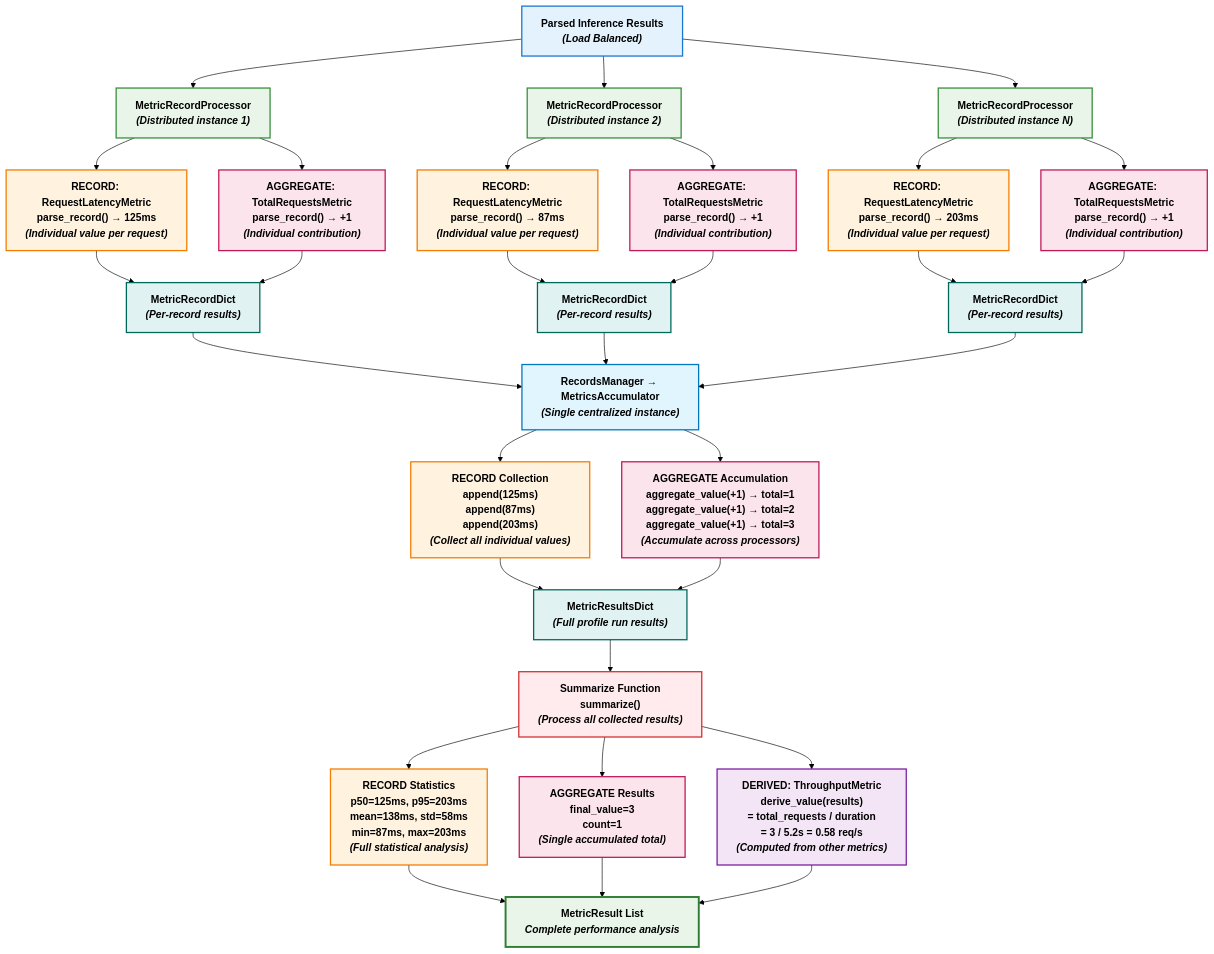
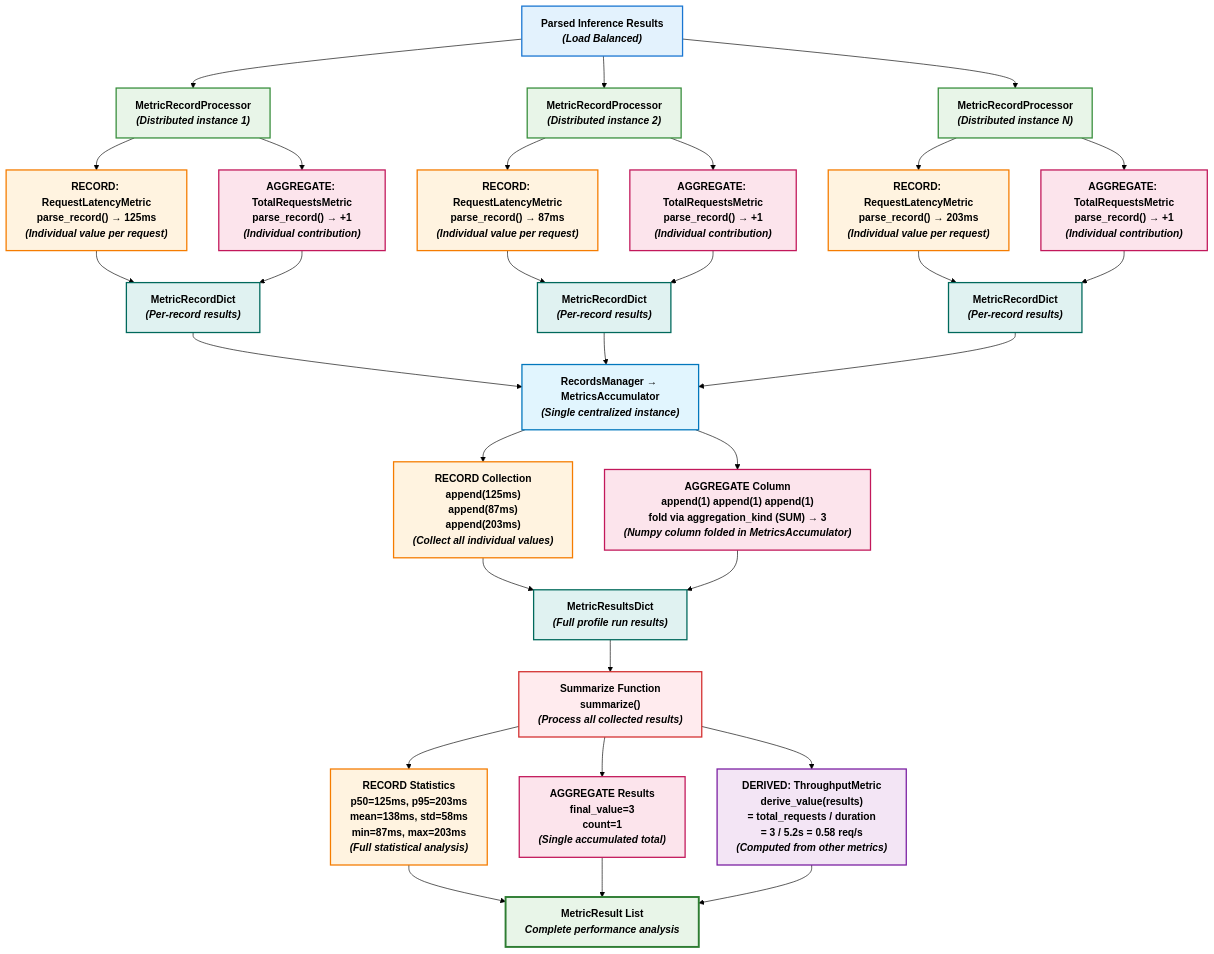
One commit to ai-dynamo/aiperf changed the diagram in docs/diagrams/metrics-flow.md. Above: the diagram before and after it, drawn with Mermaid (forest theme). The commit also changed 3 other files, not shown here.

````diff
--- a/docs/diagrams/metrics-flow.md
+++ b/docs/diagrams/metrics-flow.md
@@ -7,80 +7,80 @@
 ```mermaid
 flowchart TD
     %% Input Data
     A["Parsed Inference Results<br/><em>(Load&nbsp;Balanced)</em>"]
 
     %% Stage 1: Distributed Record Processing
     A --> B1["MetricRecordProcessor<br/><em>(Distributed&nbsp;instance&nbsp;1)</em>"]
     A --> B2["MetricRecordProcessor<br/><em>(Distributed&nbsp;instance&nbsp;2)</em>"]
     A --> B3["MetricRecordProcessor<br/><em>(Distributed&nbsp;instance&nbsp;N)</em>"]
 
     %% RECORD Metric Path
     B1 --> C1["RECORD: RequestLatencyMetric<br/>parse_record() → 125ms<br/><em>(Individual&nbsp;value&nbsp;per&nbsp;request)</em>"]
     B2 --> C2["RECORD: RequestLatencyMetric<br/>parse_record() → 87ms<br/><em>(Individual&nbsp;value&nbsp;per&nbsp;request)</em>"]
     B3 --> C3["RECORD: RequestLatencyMetric<br/>parse_record() → 203ms<br/><em>(Individual&nbsp;value&nbsp;per&nbsp;request)</em>"]
 
     %% AGGREGATE Metric Path
     B1 --> D1["AGGREGATE: TotalRequestsMetric<br/>parse_record() → +1<br/><em>(Individual&nbsp;contribution)</em>"]
     B2 --> D2["AGGREGATE: TotalRequestsMetric<br/>parse_record() → +1<br/><em>(Individual&nbsp;contribution)</em>"]
     B3 --> D3["AGGREGATE: TotalRequestsMetric<br/>parse_record() → +1<br/><em>(Individual&nbsp;contribution)</em>"]
 
     %% MetricRecordDict Collection
     C1 --> E1["MetricRecordDict<br/><em>(Per-record&nbsp;results)</em>"]
     D1 --> E1
     C2 --> E2["MetricRecordDict<br/><em>(Per-record&nbsp;results)</em>"]
     D2 --> E2
     C3 --> E3["MetricRecordDict<br/><em>(Per-record&nbsp;results)</em>"]
     D3 --> E3
 
     %% Stage 2: Centralized Metrics Accumulation
     E1 --> G["RecordsManager → MetricsAccumulator<br/><em>(Single&nbsp;centralized&nbsp;instance)</em>"]
     E2 --> G
     E3 --> G
 
     %% RECORD Processing in Central
     G --> H1["RECORD Collection<br/>append(125ms)<br/>append(87ms)<br/>append(203ms)<br/><em>(Collect&nbsp;all&nbsp;individual&nbsp;values)</em>"]
 
     %% AGGREGATE Processing in Central
-    G --> H2["AGGREGATE Accumulation<br/>aggregate_value(+1) → total=1<br/>aggregate_value(+1) → total=2<br/>aggregate_value(+1) → total=3<br/><em>(Accumulate&nbsp;across&nbsp;processors)</em>"]
+    G --> H2["AGGREGATE Column<br/>append(1) append(1) append(1)<br/>fold via aggregation_kind (SUM) → 3<br/><em>(Numpy&nbsp;column&nbsp;folded&nbsp;in&nbsp;MetricsAccumulator)</em>"]
 
     H1 --> L["MetricResultsDict<br/><em>(Full&nbsp;profile&nbsp;run&nbsp;results)</em>"]
     H2 --> L
 
     %% Stage 4: Summarize Function Processing
     L --> I2["Summarize Function<br/>summarize()<br/><em>(Process&nbsp;all&nbsp;collected&nbsp;results)</em>"]
 
     %% Three outputs from Summarize Function
     I2 --> J1["RECORD Statistics<br/>p50=125ms, p95=203ms<br/>mean=138ms, std=58ms<br/>min=87ms, max=203ms<br/><em>(Full&nbsp;statistical&nbsp;analysis)</em>"]
 
     I2 --> J2["AGGREGATE Results<br/>final_value=3<br/>count=1<br/><em>(Single&nbsp;accumulated&nbsp;total)</em>"]
 
     I2 --> J3["DERIVED: ThroughputMetric<br/>derive_value(results)<br/>= total_requests / duration<br/>= 3 / 5.2s = 0.58 req/s<br/><em>(Computed&nbsp;from&nbsp;other&nbsp;metrics)</em>"]
 
     %% Final Output
     J1 --> K["MetricResult List<br/><em>Complete&nbsp;performance&nbsp;analysis</em>"]
     J2 --> K
     J3 --> K
 
     %% Styling
     classDef input fill:#e3f2fd,stroke:#1976d2,stroke-width:2px,color:#000000,font-weight:bold
     classDef distributed fill:#e8f5e8,stroke:#388e3c,stroke-width:2px,color:#000000,font-weight:bold
     classDef recordMetric fill:#fff3e0,stroke:#f57c00,stroke-width:2px,color:#000000,font-weight:bold
     classDef aggregateMetric fill:#fce4ec,stroke:#c2185b,stroke-width:2px,color:#000000,font-weight:bold
     classDef derivedMetric fill:#f3e5f5,stroke:#7b1fa2,stroke-width:2px,color:#000000,font-weight:bold
     classDef transport fill:#e0f2f1,stroke:#00695c,stroke-width:2px,color:#000000,font-weight:bold
     classDef central fill:#ffebee,stroke:#d32f2f,stroke-width:2px,color:#000000,font-weight:bold
     classDef collection fill:#fff8e1,stroke:#ffa000,stroke-width:2px,color:#000000,font-weight:bold
     classDef statistics fill:#e1f5fe,stroke:#0277bd,stroke-width:2px,color:#000000,font-weight:bold
     classDef output fill:#e8f5e8,stroke:#2e7d32,stroke-width:3px,color:#000000,font-weight:bold
 
     %% Apply styles
     class A input
     class B1,B2,B3 distributed
     class C1,C2,C3,J1,H1 recordMetric
     class D1,D2,D3,J2,H2 aggregateMetric
     class J3 derivedMetric
     class I2 central
     class I1,G statistics
     class E1,E2,E3,F,L transport
     class K output
 ```
````
